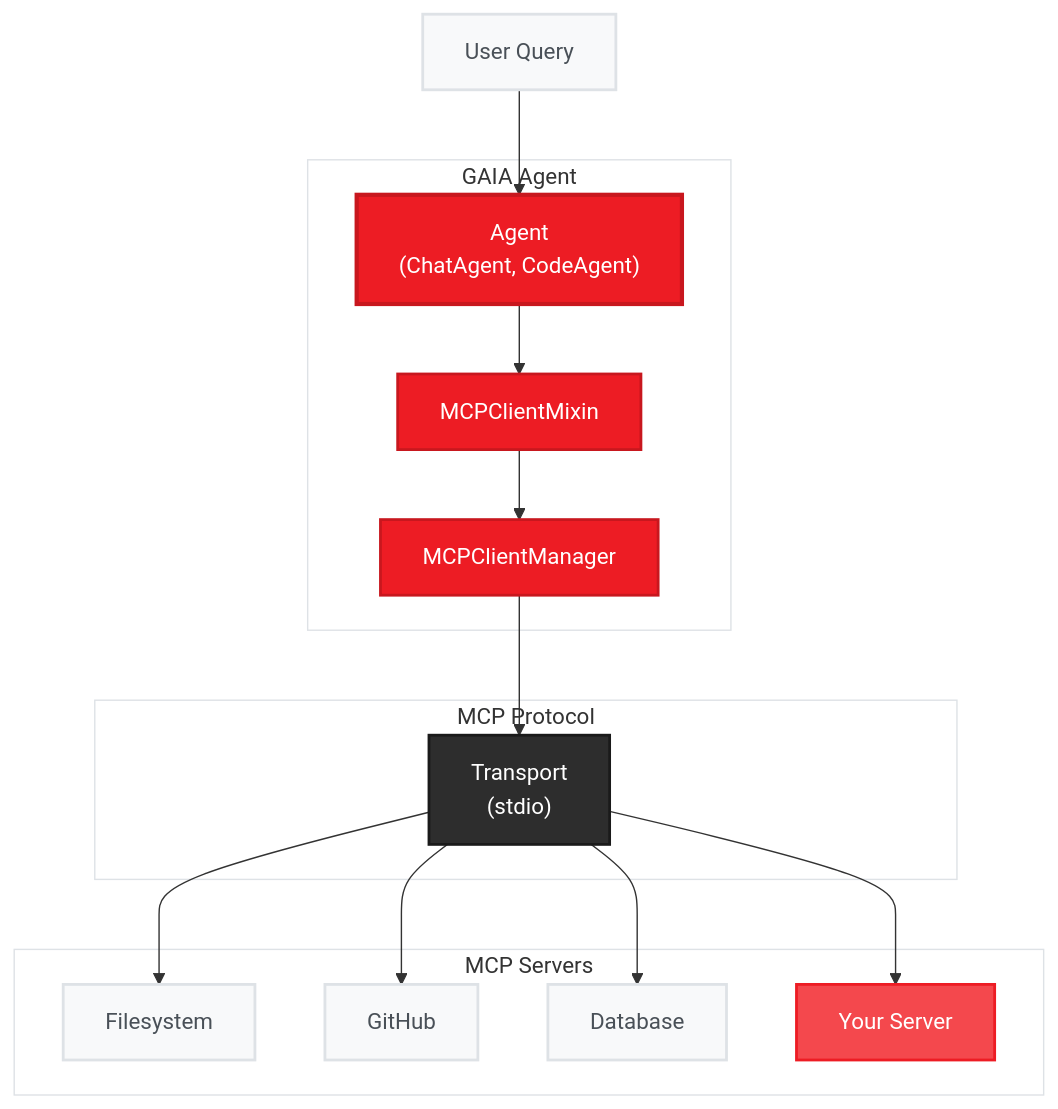
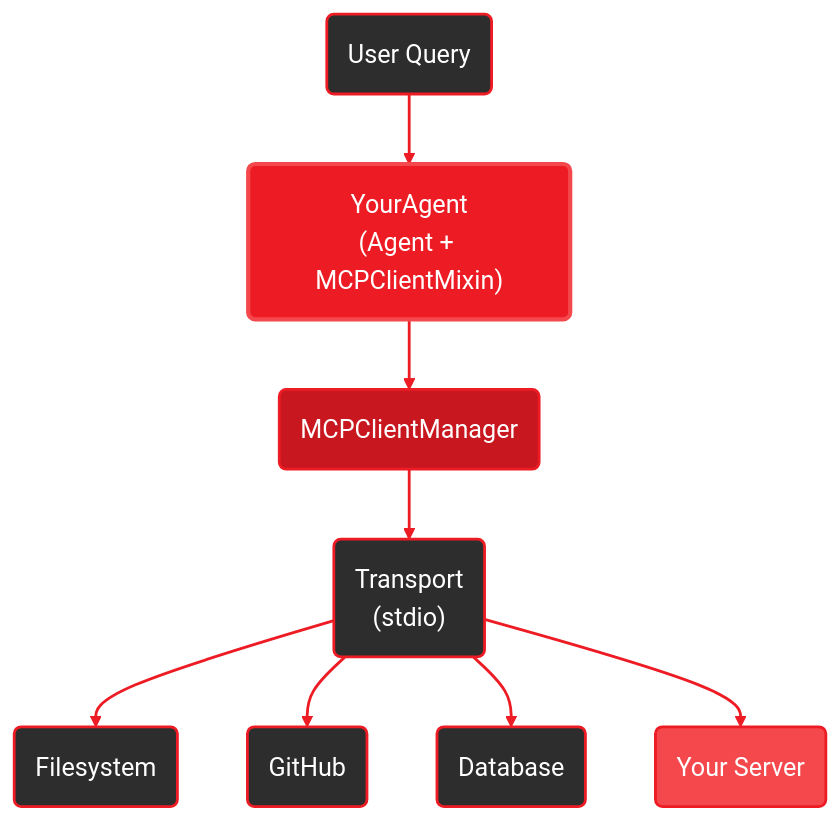
One commit to amd/gaia changed the diagram in docs/guides/mcp-client.mdx. Above: the diagram before and after it, drawn with Mermaid. The commit also changed other lines of this file and 2 other files, not shown here.

Commit message:
feat(mcp): add auto_load_config parameter to MCPClientMixin
- Add `auto_load_config` parameter to MCPClientMixin.__init__ (defaults to True)
- Automatically load MCP servers from config on initialization when enabled
- Remove manual `load_mcp_servers_from_config()` call from docs example
- Update diagram to simplify architecture visualization with new color scheme
- Update tests to support new parameter

````diff
--- a/docs/guides/mcp-client.mdx
+++ b/docs/guides/mcp-client.mdx
@@ -135,43 +134,28 @@
 ```mermaid
+%%{init: {'theme':'base', 'themeVariables': { 'primaryColor':'#ED1C24', 'fontSize':'18px', 'lineColor':'#ED1C24', 'primaryTextColor':'#fff', 'edgeLabelBackground':'#1a1a1a'}, 'flowchart': {'curve': 'basis'}}}%%
 graph TB
-    User["User Query"]
+    User("User Query")
+    YourAgent("YourAgent<br/>(Agent + MCPClientMixin)")
+    Manager("MCPClientManager")
+    Transport("Transport<br/>(stdio)")
 
-    subgraph GAIA["GAIA Agent"]
-        Agent["Agent<br/>(ChatAgent, CodeAgent)"]
-        Mixin["MCPClientMixin"]
-        Manager["MCPClientManager"]
-    end
+    User --> YourAgent
+    YourAgent --> Manager
+    Manager --> Transport
 
-    subgraph Protocol["MCP Protocol"]
-        Transport["Transport<br/>(stdio)"]
-    end
+    Transport --> FS("Filesystem")
+    Transport --> GH("GitHub")
+    Transport --> DB("Database")
+    Transport --> Custom("Your Server")
 
-    subgraph Servers["MCP Servers"]
-        FS["Filesystem"]
-        GH["GitHub"]
-        DB["Database"]
-        Custom["Your Server"]
-    end
+    style User fill:#2d2d2d,stroke:#ED1C24,stroke-width:2px,color:#fff
+    style YourAgent fill:#ED1C24,stroke:#F4484D,stroke-width:3px,color:#fff
+    style Manager fill:#C8171E,stroke:#ED1C24,stroke-width:2px,color:#fff
+    style Transport fill:#2d2d2d,stroke:#ED1C24,stroke-width:2px,color:#fff
+    style FS fill:#2d2d2d,stroke:#ED1C24,stroke-width:2px,color:#fff
+    style GH fill:#2d2d2d,stroke:#ED1C24,stroke-width:2px,color:#fff
+    style DB fill:#2d2d2d,stroke:#ED1C24,stroke-width:2px,color:#fff
+    style Custom fill:#F4484D,stroke:#ED1C24,stroke-width:2px,color:#fff
 
-    User --> Agent
-    Agent --> Mixin
-    Mixin --> Manager
-    Manager --> Transport
-    Transport --> FS
-    Transport --> GH
-    Transport --> DB
-    Transport --> Custom
-
-    style User fill:#f8f9fa,stroke:#dee2e6,stroke-width:2px,color:#495057
-    style Agent fill:#ED1C24,stroke:#C8171E,stroke-width:3px,color:#fff
-    style Mixin fill:#ED1C24,stroke:#C8171E,stroke-width:2px,color:#fff
-    style Manager fill:#ED1C24,stroke:#C8171E,stroke-width:2px,color:#fff
-    style Transport fill:#2d2d2d,stroke:#1a1a1a,stroke-width:2px,color:#fff
-    style FS fill:#f8f9fa,stroke:#dee2e6,stroke-width:2px,color:#495057
-    style GH fill:#f8f9fa,stroke:#dee2e6,stroke-width:2px,color:#495057
-    style DB fill:#f8f9fa,stroke:#dee2e6,stroke-width:2px,color:#495057
-    style Custom fill:#F4484D,stroke:#ED1C24,stroke-width:2px,color:#fff
-    style GAIA fill:#fff,stroke:#dee2e6,stroke-width:1px
-    style Protocol fill:#fff,stroke:#dee2e6,stroke-width:1px
-    style Servers fill:#fff,stroke:#dee2e6,stroke-width:1px
+    linkStyle default stroke:#ED1C24,stroke-width:2px
 ```
````
